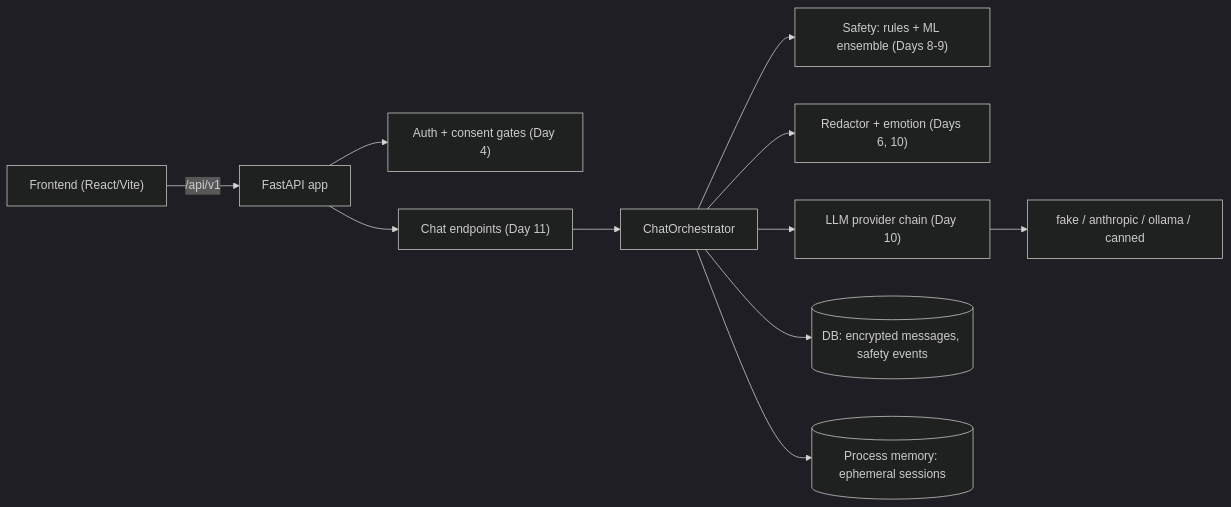
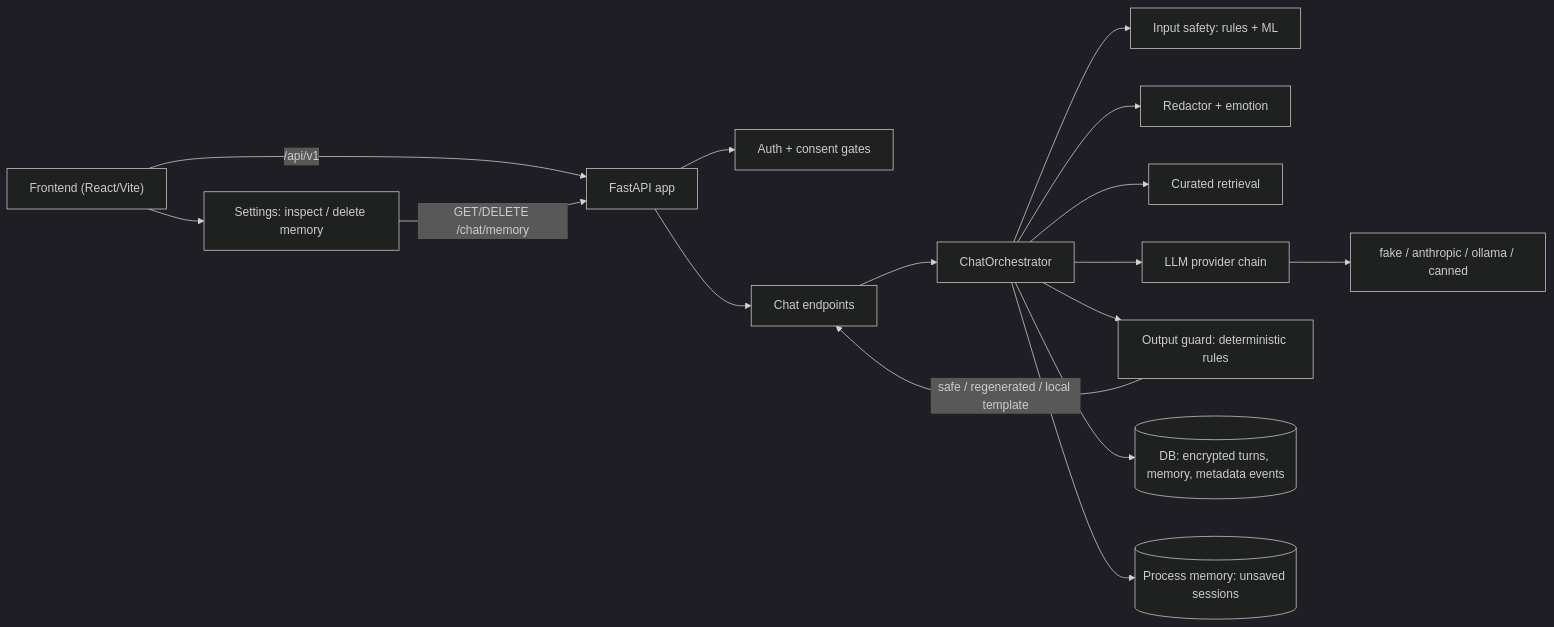
One commit to BuildbyArindam/Manovia changed the first of 2 diagrams in docs/architecture.md. Above: the diagram before and after it, drawn with Mermaid (dark theme). The commit also changed other lines of this file and 4 other files, not shown here.

Commit message:
docs: record Day 14 safety review and verification

````diff
--- a/docs/architecture.md
+++ b/docs/architecture.md
@@ -10,13 +11,18 @@
 ```mermaid
 flowchart LR
     UI["Frontend (React/Vite)"] -->|"/api/v1"| API["FastAPI app"]
-    API --> AUTH["Auth + consent gates (Day 4)"]
-    API --> CHAT["Chat endpoints (Day 11)"]
+    API --> AUTH["Auth + consent gates"]
+    API --> CHAT["Chat endpoints"]
     CHAT --> ORCH["ChatOrchestrator"]
-    ORCH --> SAFETY["Safety: rules + ML ensemble (Days 8-9)"]
-    ORCH --> NLP["Redactor + emotion (Days 6, 10)"]
-    ORCH --> LLM["LLM provider chain (Day 10)"]
-    ORCH --> DB[("DB: encrypted messages, safety events")]
-    ORCH --> MEM[("Process memory: ephemeral sessions")]
+    ORCH --> TRIAGE["Input safety: rules + ML"]
+    ORCH --> NLP["Redactor + emotion"]
+    ORCH --> RAG["Curated retrieval"]
+    ORCH --> LLM["LLM provider chain"]
+    ORCH --> OUT["Output guard: deterministic rules"]
+    OUT -->|"safe / regenerated / local template"| CHAT
+    ORCH --> DB[("DB: encrypted turns, memory, metadata events")]
+    ORCH --> EPHEMERAL[("Process memory: unsaved sessions")]
     LLM --> FAKE["fake / anthropic / ollama / canned"]
+    UI --> SETTINGS["Settings: inspect / delete memory"]
+    SETTINGS -->|"GET/DELETE /chat/memory"| API
 ```
````
